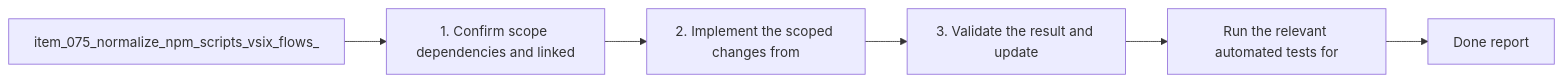
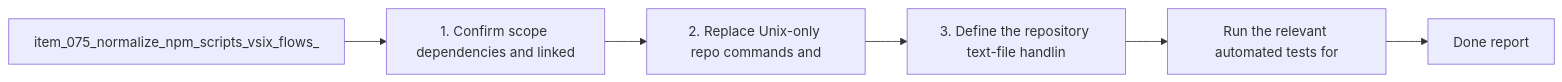
Before and after one commit to AlexAgo83/logics-manager: the diagram in logics/tasks/task_077_normalize_npm_scripts_vsix_flows_and_repository_text_file_handling_for_windows.md, drawn with Mermaid. The commit also changed other lines of this file and 481 other files, not shown here.

````diff
--- a/logics/tasks/task_077_normalize_npm_scripts_vsix_flows_and_repository_text_file_handling_for_windows.md
+++ b/logics/tasks/task_077_normalize_npm_scripts_vsix_flows_and_repository_text_file_handling_for_windows.md
@@ -19,10 +20,10 @@
 ```mermaid
 %% logics-kind: task
 %% logics-signature: task|normalize-npm-scripts-vsix-flows-and-rep|item-075-normalize-npm-scripts-vsix-flow|1-confirm-scope-dependencies-and-linked|run-the-relevant-automated-tests-for
 flowchart LR
     Backlog[item_075_normalize_npm_scripts_vsix_flows_] --> Step1[1. Confirm scope dependencies and linked]
-    Step1 --> Step2[2. Implement the scoped changes from]
-    Step2 --> Step3[3. Validate the result and update]
+    Step1 --> Step2[2. Replace Unix-only repo commands and]
+    Step2 --> Step3[3. Define the repository text-file handlin]
     Step3 --> Validation[Run the relevant automated tests for]
     Validation --> Report[Done report]
 ```
````
